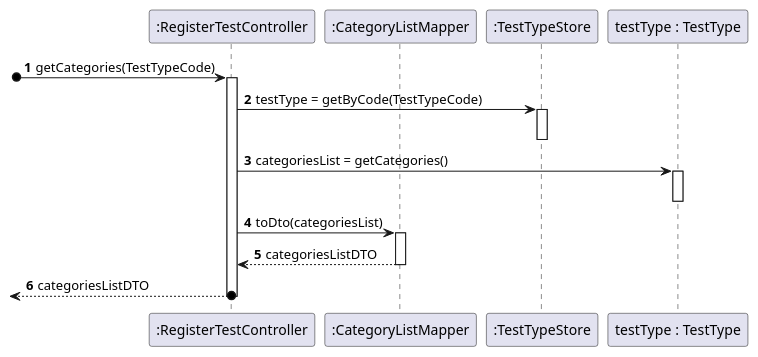
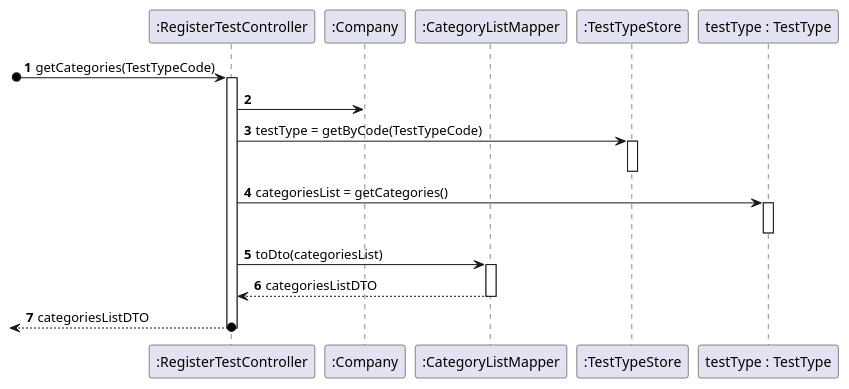
The diagram in docs/SprintC/US04/SD_getCategories(TestTypeCode).puml (MarianaCLages/LAPR2), drawn with PlantUML before and after one commit. The commit also changed 23 other files, not shown here.

Commit message:
correction the US5 + changes in US12/US4 diagrams

```diff
--- a/docs/SprintC/US04/SD_getCategories(TestTypeCode).puml
+++ b/docs/SprintC/US04/SD_getCategories(TestTypeCode).puml
@@ -1,25 +1,27 @@
 @startuml
 'https://plantuml.com/sequence-diagram
 participant ":RegisterTestController" as ctrl
+participant ":Company" as comp
 participant ":CategoryListMapper" as catMapper
 participant ":TestTypeStore" as ttStore
 participant "testType : TestType" as tt
 
 autonumber
 [o-> ctrl: getCategories(TestTypeCode)
 activate ctrl
+ctrl -> comp:
 ctrl -> ttStore:testType = getByCode(TestTypeCode)
 activate ttStore
 deactivate ttStore
 ctrl -> tt: categoriesList = getCategories()
 activate tt
 deactivate tt
 ctrl -> catMapper: toDto(categoriesList)
 activate catMapper
 return categoriesListDTO
 return categoriesListDTO
 deactivate catMapper
 
 deactivate ctrl
 
 @enduml
```
